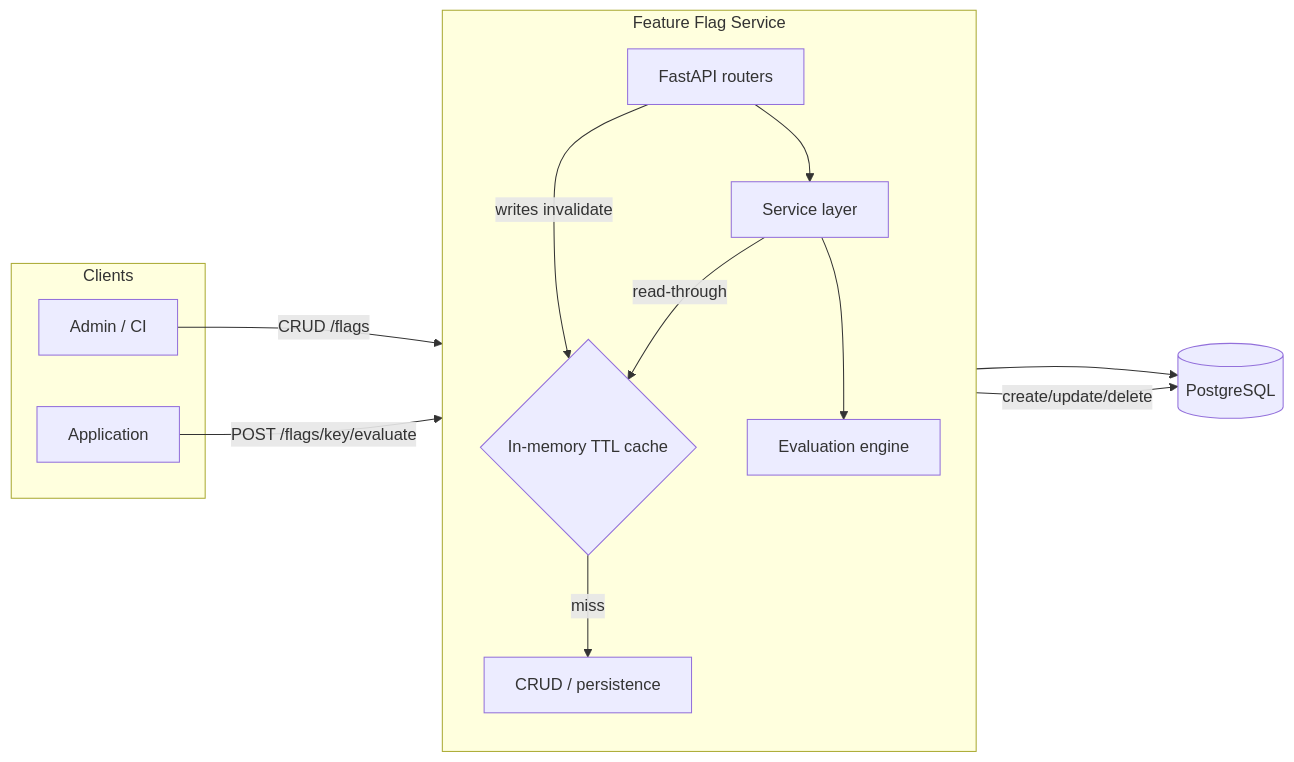
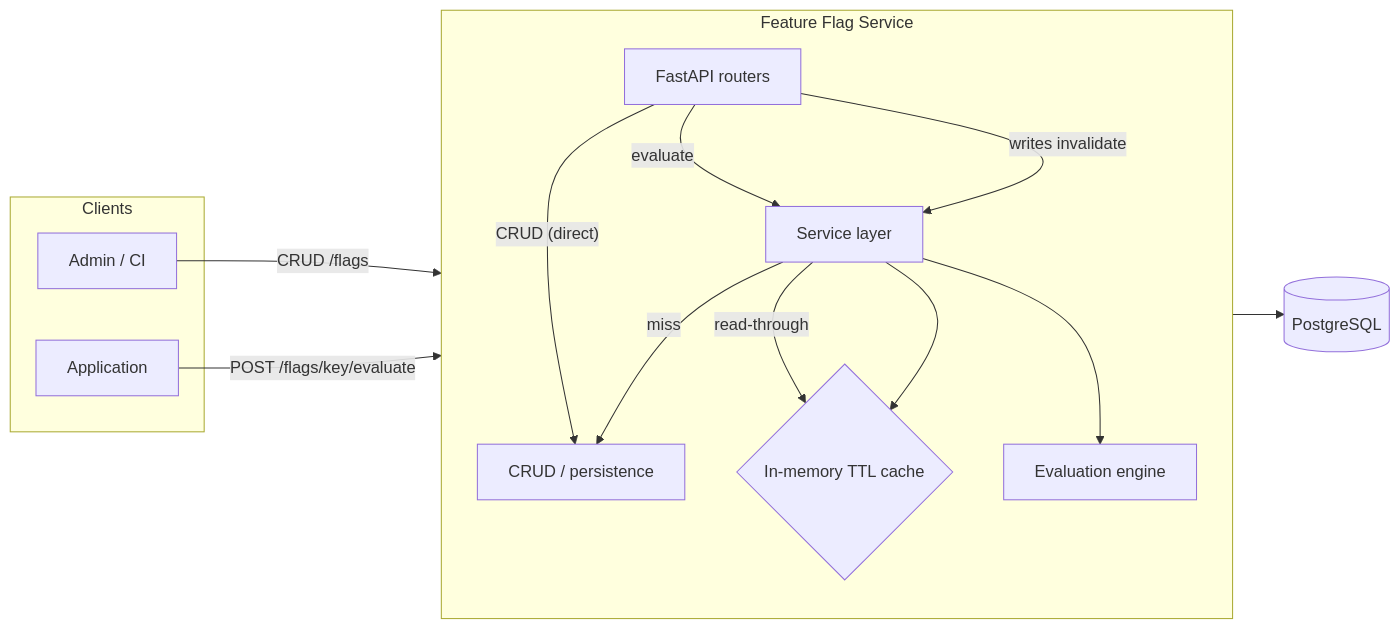
Before and after one commit to snigdha321/feature-flag-service: the first of 3 diagrams in README.md, drawn with Mermaid. The commit also changed other lines of this file, not shown here.

Commit message:
docs: correct architecture diagram layering in README

````diff
--- a/README.md
+++ b/README.md
@@ -24,28 +24,29 @@
 ```mermaid
 flowchart LR
     subgraph client [Clients]
       Admin[Admin / CI]
       App[Application]
     end
 
     subgraph svc [Feature Flag Service]
       direction TB
       Router[FastAPI routers]
       Service[Service layer]
       Cache{In-memory TTL cache}
       Eval[Evaluation engine]
       CRUD[CRUD / persistence]
     end
 
     DB[(PostgreSQL)]
 
     Admin -->|"CRUD /flags"| Router
     App -->|"POST /flags/key/evaluate"| Router
-    Router --> Service
+    Router -->|evaluate| Service
+    Router -->|"CRUD (direct)"| CRUD
     Service -->|read-through| Cache
-    Cache -->|miss| CRUD
+    Service -->|miss| CRUD
     CRUD --> DB
     Service --> Eval
-    Router -->|"writes invalidate"| Cache
-    CRUD -->|"create/update/delete"| DB
+    Router -->|"writes invalidate"| Service
+    Service --> Cache
 ```
````
